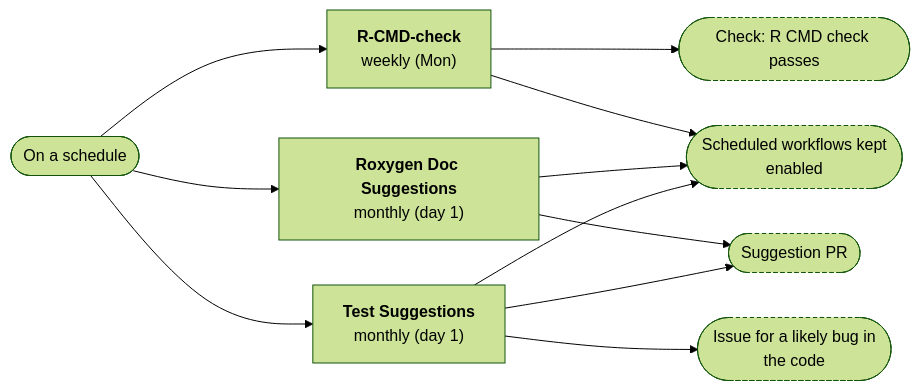
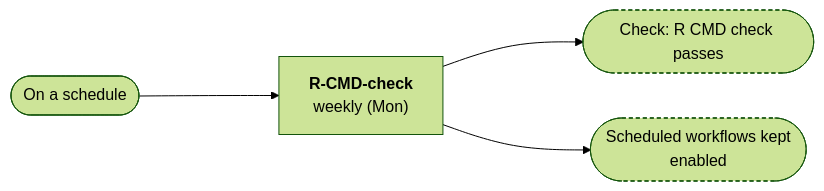
One commit to nfdi4health/dsAnalysis changed the sixth of 6 diagrams in .github/workflow-graphs/README.md. Above: the diagram before and after it, drawn with Mermaid (forest theme). The commit also changed other lines of this file, not shown here.

Commit message:
docs: update workflow diagrams

````diff
--- a/.github/workflow-graphs/README.md
+++ b/.github/workflow-graphs/README.md
@@ -140,23 +142,12 @@
 ```mermaid
 %%{init: {"flowchart": {"rankSpacing": 140, "nodeSpacing": 45}}}%%
 flowchart LR
   ev(["On a schedule"])
   wf_R_CMD_check_yaml["<b>R-CMD-check</b><br/>weekly (Mon)"]
   ev --> wf_R_CMD_check_yaml
-  wf_roxygen_suggest_yml["<b>Roxygen Doc Suggestions</b><br/>monthly (day 1)"]
-  ev --> wf_roxygen_suggest_yml
-  wf_test_suggest_yml["<b>Test Suggestions</b><br/>monthly (day 1)"]
-  ev --> wf_test_suggest_yml
   out_1(["Check: R CMD check passes"]):::outcome
   out_2(["Scheduled workflows kept<br/>enabled"]):::outcome
-  out_3(["Suggestion PR"]):::outcome
-  out_4(["Issue for a likely bug in<br/>the code"]):::outcome
   wf_R_CMD_check_yaml --> out_1
   wf_R_CMD_check_yaml --> out_2
-  wf_roxygen_suggest_yml --> out_3
-  wf_roxygen_suggest_yml --> out_2
-  wf_test_suggest_yml --> out_3
-  wf_test_suggest_yml --> out_4
-  wf_test_suggest_yml --> out_2
   classDef outcome stroke-dasharray: 4 3
 ```
````
